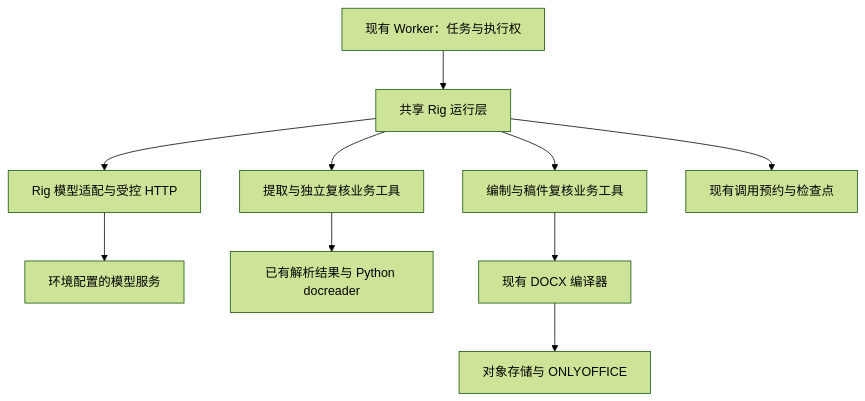
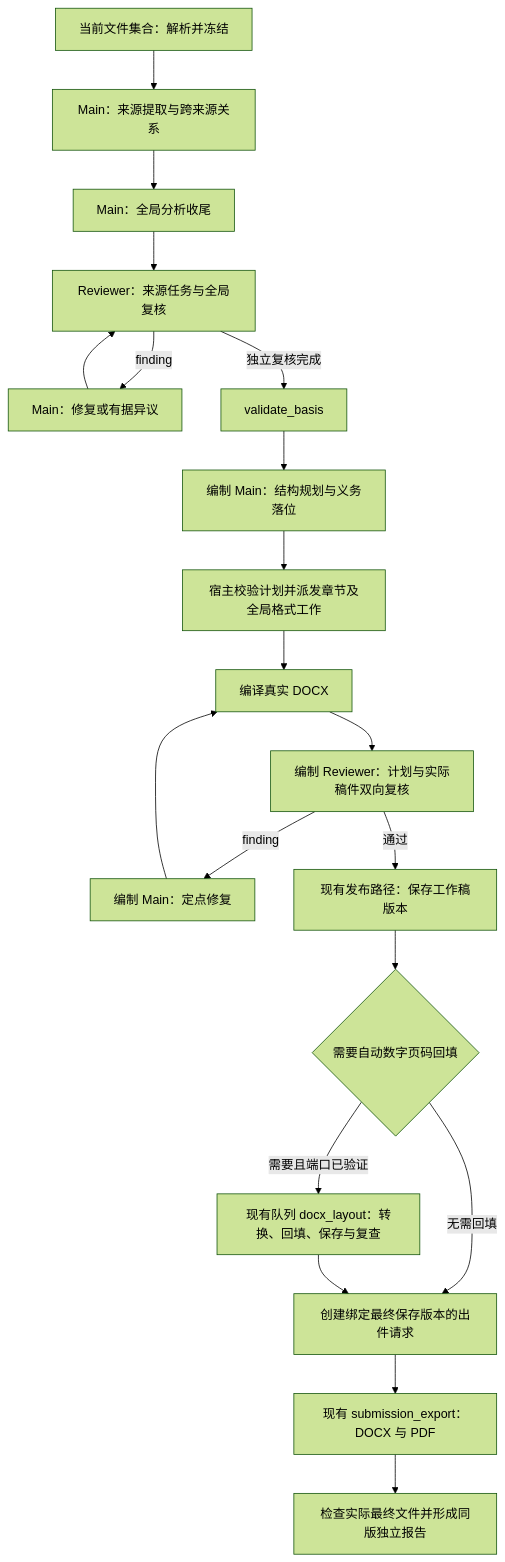
Before and after one commit to MAQSOODAWANhaha/KnowledgeBrain: the diagram in plans/bidding/agent-runtime-rig.md, drawn with Mermaid (forest theme). The commit also changed other lines of this file and 102 other files, not shown here.

````diff
--- a/plans/bidding/agent-runtime-rig.md
+++ b/plans/bidding/agent-runtime-rig.md
@@ -242,12 +78,22 @@
 ```mermaid
 flowchart TD
-    W[现有 Worker：任务与执行权] --> R[共享 Rig 运行层]
-    R --> A[提取与独立复核业务工具]
-    R --> C[编制与稿件复核业务工具]
-    R --> H[Rig 模型适配与受控 HTTP]
-    H --> M[环境配置的模型服务]
-    A --> P[已有解析结果与 Python docreader]
-    R --> J[现有调用预约与检查点]
-    C --> D[现有 DOCX 编译器]
-    D --> O[对象存储与 ONLYOFFICE]
+    A[当前文件集合：解析并冻结] --> B[Main：来源提取与跨来源关系]
+    B --> C[Main：全局分析收尾]
+    C --> D[Reviewer：来源任务与全局复核]
+    D -->|finding| E[Main：修复或有据异议]
+    E --> D
+    D -->|独立复核完成| F[validate_basis]
+    F --> G[编制 Main：结构规划与义务落位]
+    G --> H[宿主校验计划并派发章节及全局格式工作]
+    H --> I[编译真实 DOCX]
+    I --> J[编制 Reviewer：计划与实际稿件双向复核]
+    J -->|finding| K[编制 Main：定点修复]
+    K --> I
+    J -->|通过| L[现有发布路径：保存工作稿版本]
+    L --> Q{需要自动数字页码回填}
+    Q -->|需要且端口已验证| M[现有队列 docx_layout：转换、回填、保存与复查]
+    Q -->|无需回填| N[创建绑定最终保存版本的出件请求]
+    M --> N
+    N --> O[现有 submission_export：DOCX 与 PDF]
+    O --> P[检查实际最终文件并形成同版独立报告]
 ```
````
